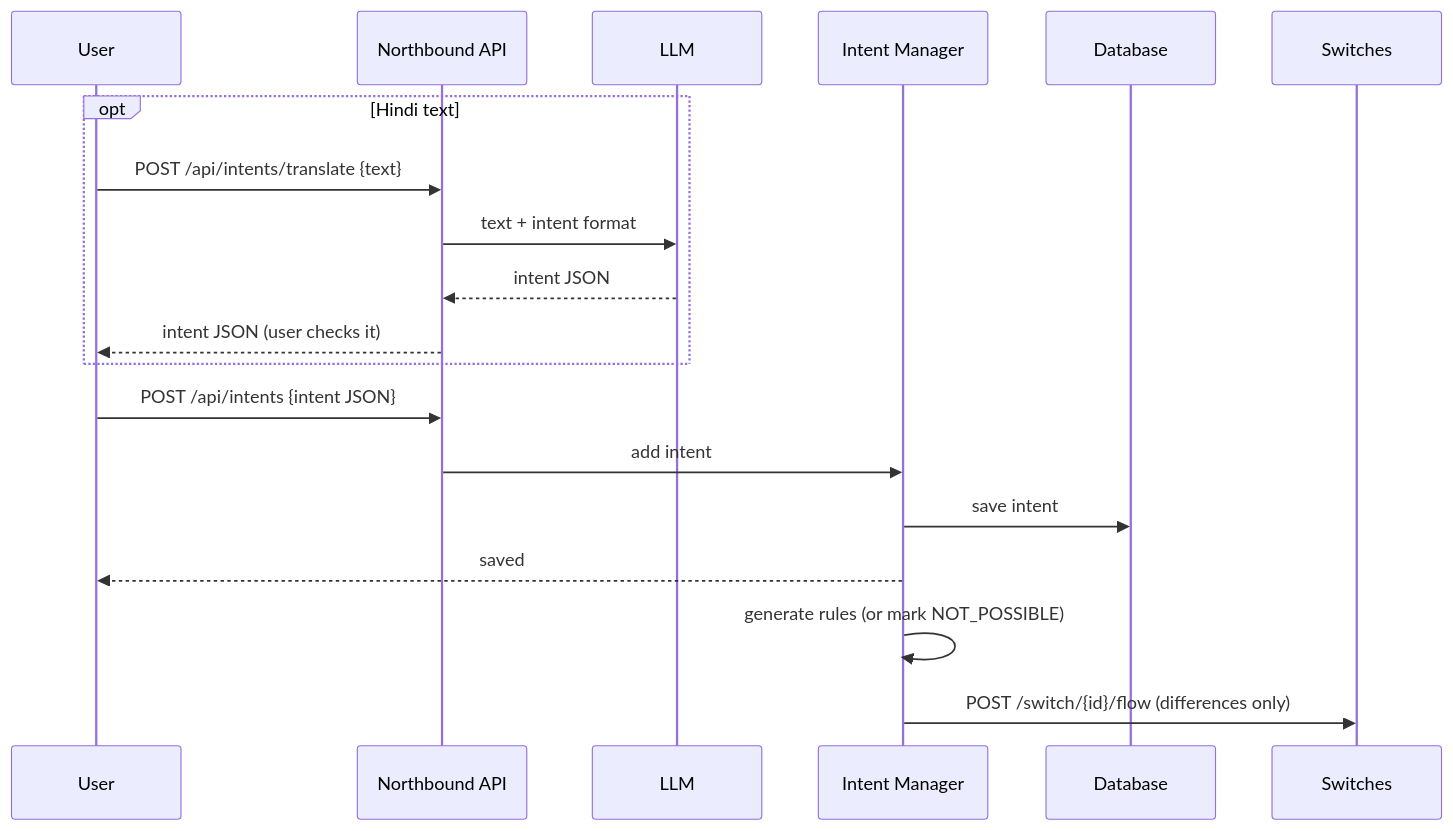
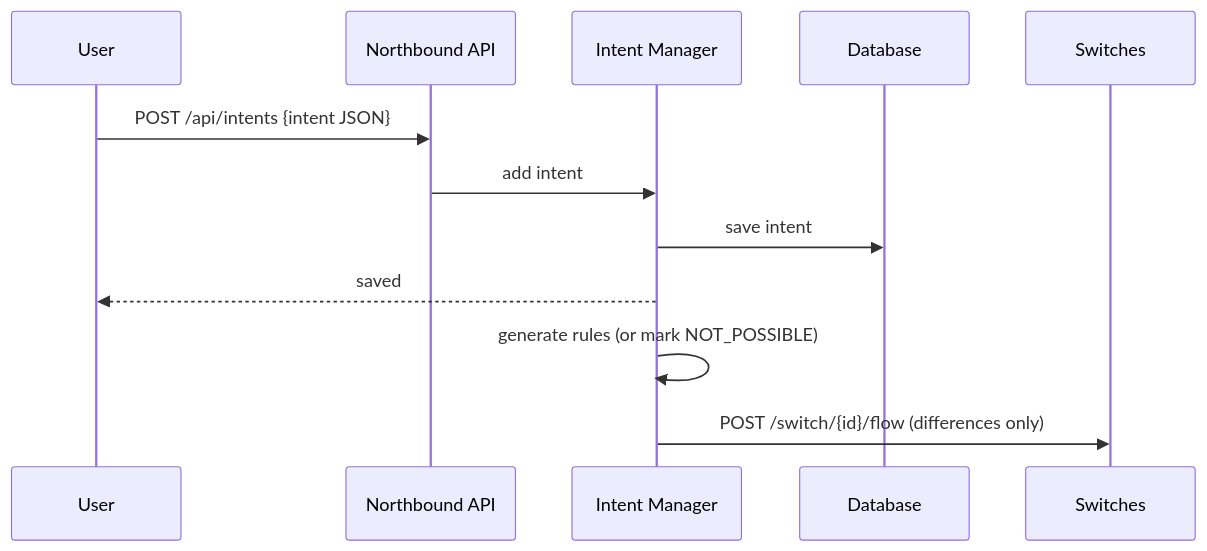
One commit to raghavsarna/orion changed the sixth of 9 diagrams in docs/ORION_DESIGN.md. Above: the diagram before and after it, drawn with Mermaid. The commit also changed other lines of this file and 23 other files, not shown here.

First line of the commit message:
Remove the LLM natural-language intent feature

````diff
--- a/docs/ORION_DESIGN.md
+++ b/docs/ORION_DESIGN.md
@@ -325,22 +323,15 @@
 ```mermaid
 sequenceDiagram
     participant U as User
     participant NB as Northbound API
-    participant LLM as LLM
     participant IM as Intent Manager
     participant DB as Database
     participant SW as Switches
 
-    opt Hindi text
-        U->>NB: POST /api/intents/translate {text}
-        NB->>LLM: text + intent format
-        LLM-->>NB: intent JSON
-        NB-->>U: intent JSON (user checks it)
-    end
     U->>NB: POST /api/intents {intent JSON}
     NB->>IM: add intent
     IM->>DB: save intent
     IM-->>U: saved
     IM->>IM: generate rules (or mark NOT_POSSIBLE)
     IM->>SW: POST /switch/{id}/flow (differences only)
 ```
````
